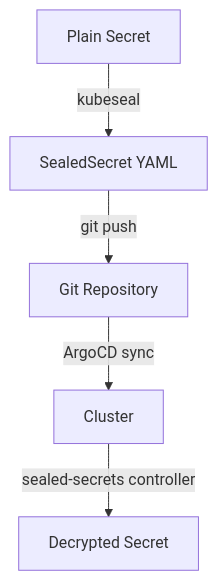
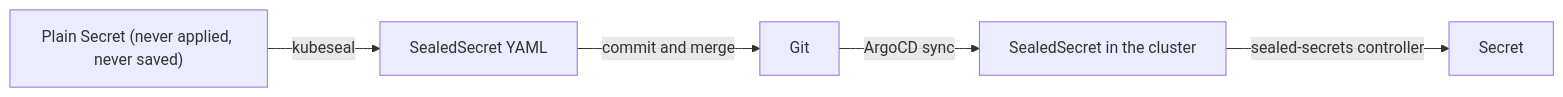
Before and after one commit to gilesknap/tpi-k3s-ansible: the diagram in docs/how-to/manage-sealed-secrets.md, drawn with Mermaid. The commit also changed other lines of this file and 76 other files, not shown here.

First line of the commit message:
Re-frame the docs as this cluster's manual and add architecture pages

````diff
--- a/docs/how-to/manage-sealed-secrets.md
+++ b/docs/how-to/manage-sealed-secrets.md
@@ -9,7 +13,7 @@
 ```mermaid
-flowchart TD
-    A[Plain Secret] -->|kubeseal| B[SealedSecret YAML]
-    B -->|git push| C[Git Repository]
-    C -->|ArgoCD sync| D[Cluster]
-    D -->|sealed-secrets controller| E[Decrypted Secret]
+flowchart LR
+    A["Plain Secret (never applied, never saved)"] -->|kubeseal| B["SealedSecret YAML"]
+    B -->|"commit and merge"| C["Git"]
+    C -->|"ArgoCD sync"| D["SealedSecret in the cluster"]
+    D -->|"sealed-secrets controller"| E["Secret"]
 ```
````
